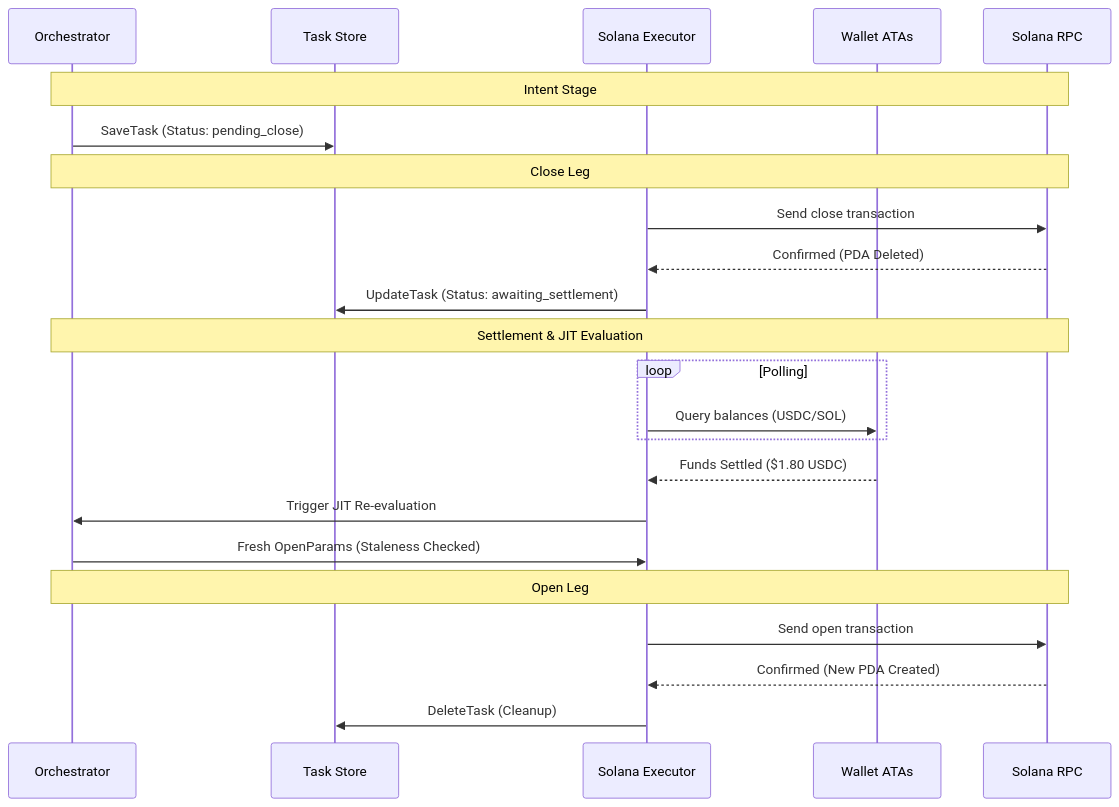
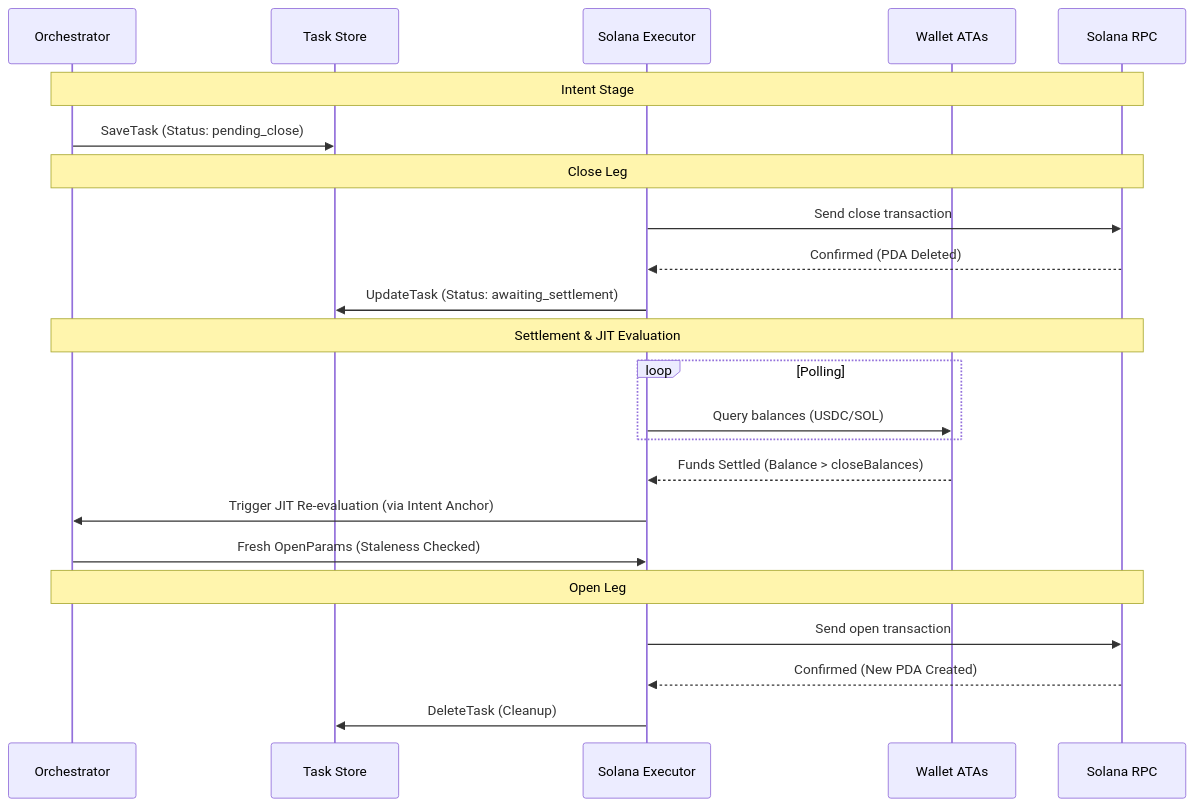
Before and after one commit to romankurnovskii/aria-vega-market-maker: the second of 3 diagrams in docs/ARCHITECTURE.md, drawn with Mermaid. The commit also changed other lines of this file and 3 other files, not shown here.

Commit message:
docs: update system architecture contracts and log execution report

````diff
--- a/docs/ARCHITECTURE.md
+++ b/docs/ARCHITECTURE.md
@@ -76,30 +81,30 @@
 ```mermaid
 sequenceDiagram
     participant OR as Orchestrator
     participant TS as Task Store
     participant EX as Solana Executor
     participant WAL as Wallet ATAs
     participant RPC as Solana RPC
 
     Note over OR, RPC: Intent Stage
     OR->>TS: SaveTask (Status: pending_close)
 
     Note over OR, RPC: Close Leg
     EX->>RPC: Send close transaction
     RPC-->>EX: Confirmed (PDA Deleted)
     EX->>TS: UpdateTask (Status: awaiting_settlement)
 
     Note over OR, RPC: Settlement & JIT Evaluation
     loop Polling
         EX->>WAL: Query balances (USDC/SOL)
     end
-    WAL-->>EX: Funds Settled ($1.80 USDC)
+    WAL-->>EX: Funds Settled (Balance > closeBalances)
 
-    EX->>OR: Trigger JIT Re-evaluation
+    EX->>OR: Trigger JIT Re-evaluation (via Intent Anchor)
     OR->>EX: Fresh OpenParams (Staleness Checked)
 
     Note over OR, RPC: Open Leg
     EX->>RPC: Send open transaction
     RPC-->>EX: Confirmed (New PDA Created)
     EX->>TS: DeleteTask (Cleanup)
 ```
````
